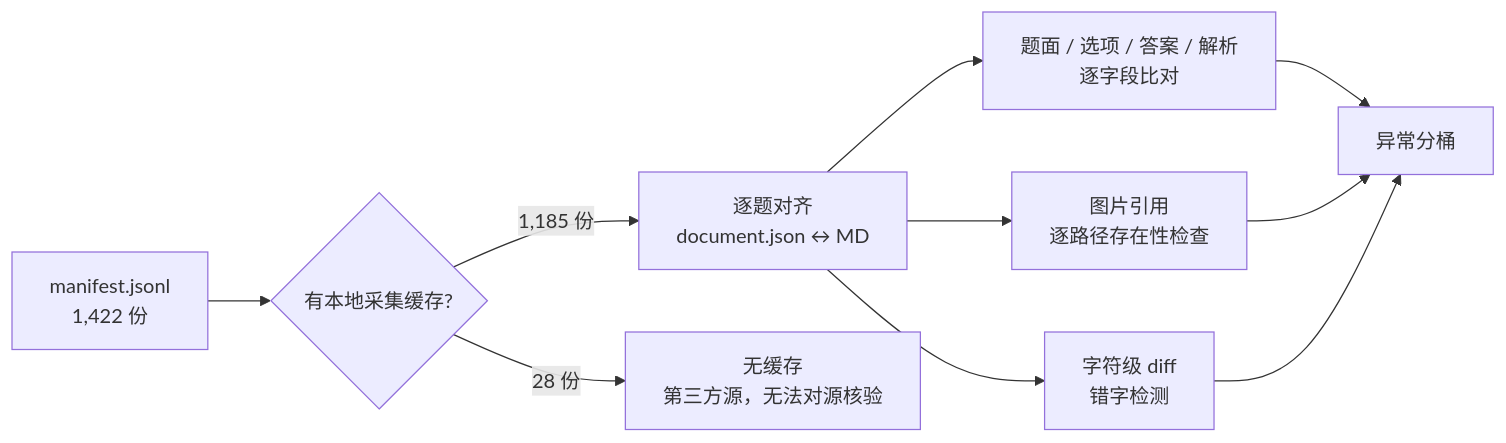
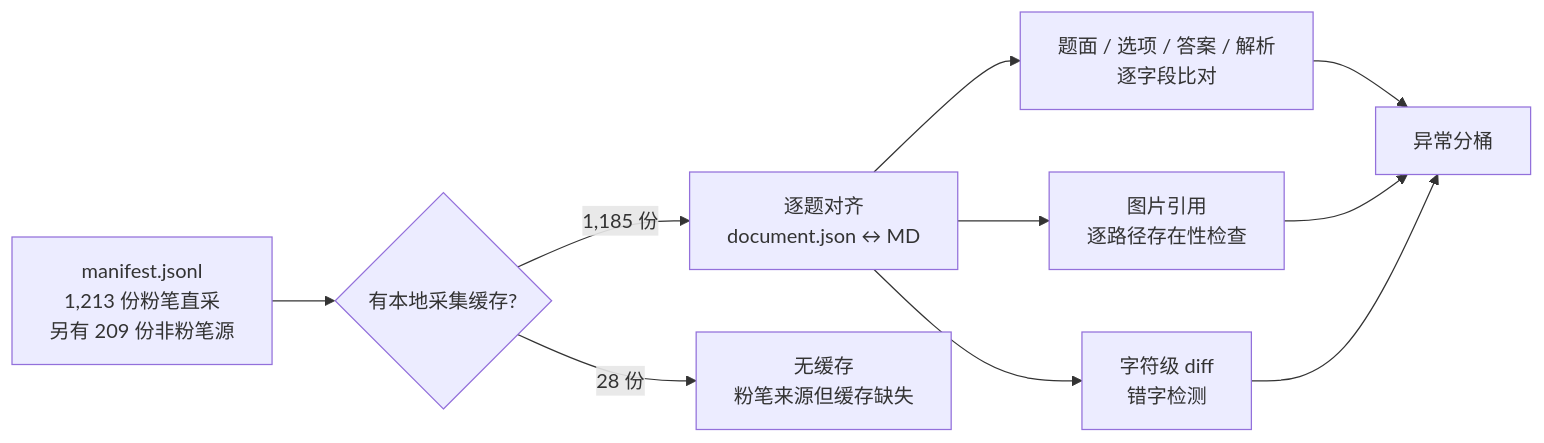
Before and after one commit to ProfessorZhi/gwy-zhenti: the diagram in docs/QUALITY.md, drawn with Mermaid. The commit also changed other lines of this file and 17 other files, not shown here.

First line of the commit message:
docs: 目录索引、图片/结构审计与文档口径统一

````diff
--- a/docs/QUALITY.md
+++ b/docs/QUALITY.md
@@ -13,12 +13,12 @@
 ```mermaid
 flowchart LR
-    A[manifest.jsonl<br/>1,422 份] --> B{有本地采集缓存?}
+    A[manifest.jsonl<br/>1,213 份粉笔直采<br/>另有 209 份非粉笔源] --> B{有本地采集缓存?}
     B -->|1,185 份| C[逐题对齐<br/>document.json ↔ MD]
-    B -->|28 份| D[无缓存<br/>第三方源，无法对源核验]
+    B -->|28 份| D[无缓存<br/>粉笔来源但缓存缺失]
     C --> E[题面 / 选项 / 答案 / 解析<br/>逐字段比对]
     C --> F[图片引用<br/>逐路径存在性检查]
     C --> G[字符级 diff<br/>错字检测]
     E --> H[异常分桶]
     F --> H
     G --> H
 ```
````
